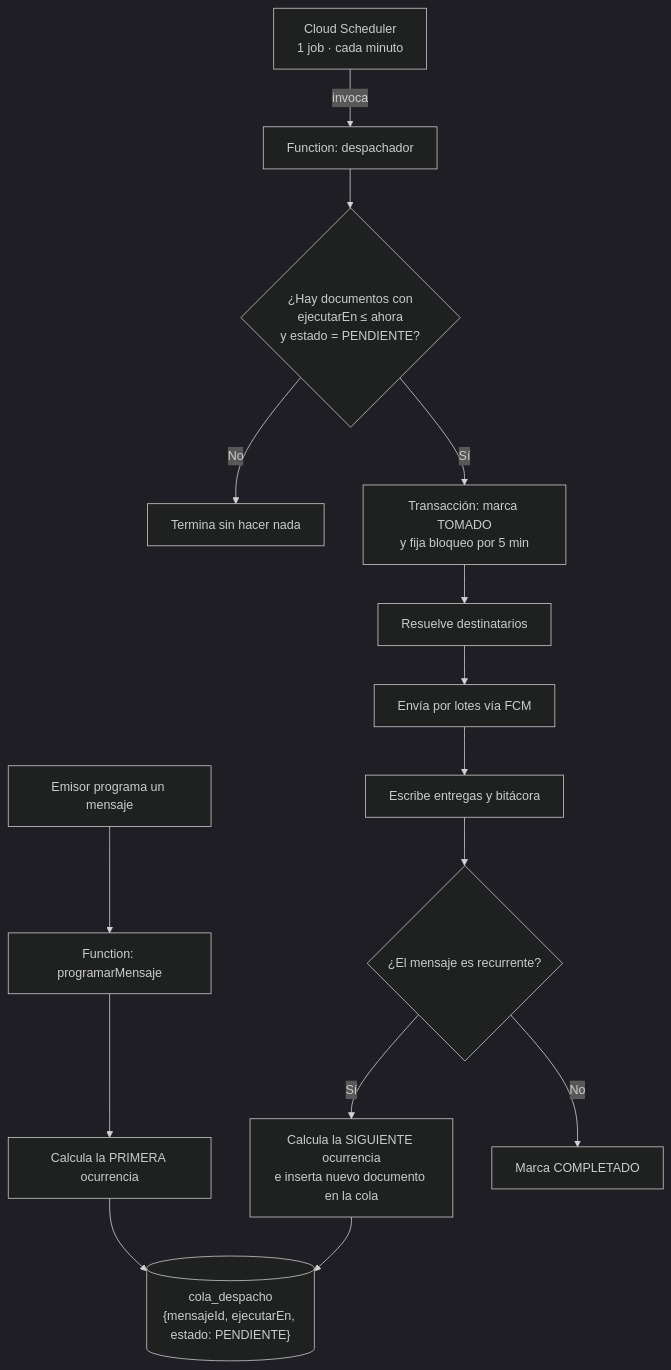
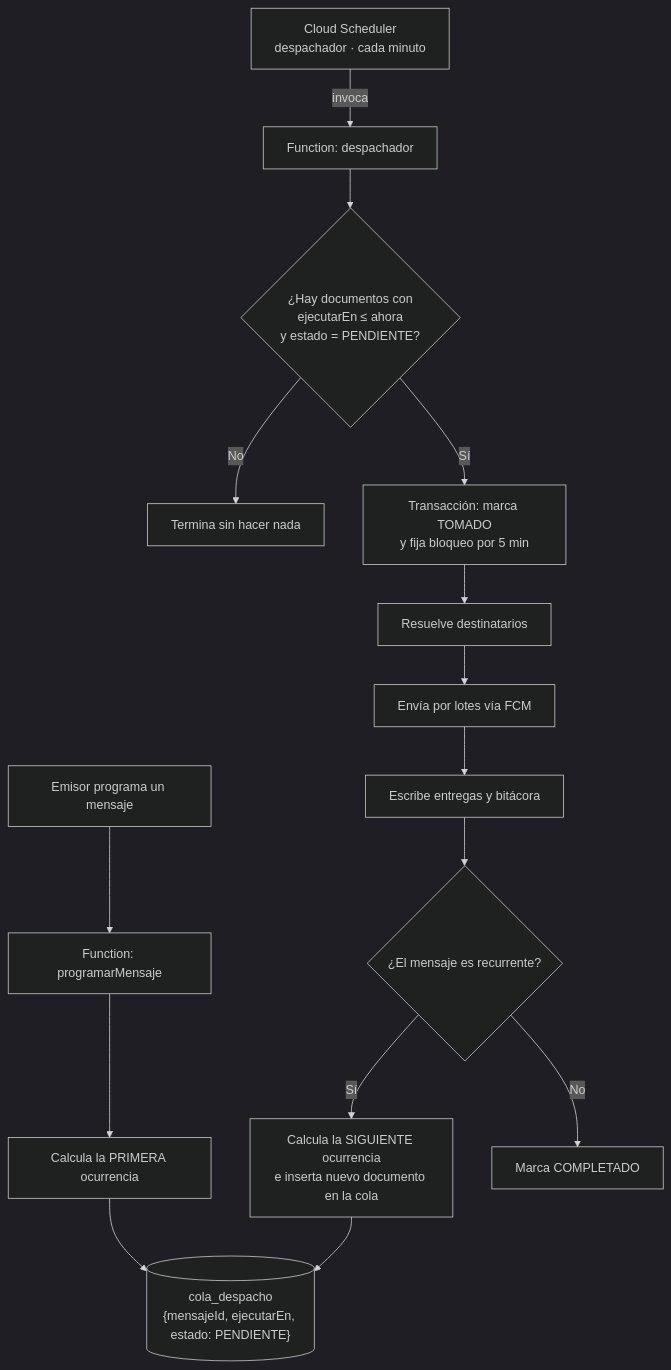
Before and after one commit to eurizara/sian-notificaciones-catedraticos: the fourth of 5 diagrams in docs/02-arquitectura-y-diseno.md, drawn with Mermaid (dark theme). The commit also changed other lines of this file and 4 other files, not shown here.

````diff
--- a/docs/02-arquitectura-y-diseno.md
+++ b/docs/02-arquitectura-y-diseno.md
@@ -444,18 +444,18 @@
 ```mermaid
 flowchart TB
     A["Emisor programa un mensaje"] --> B["Function: programarMensaje"]
     B --> C["Calcula la PRIMERA ocurrencia"]
     C --> D[("cola_despacho<br/>{mensajeId, ejecutarEn, estado: PENDIENTE}")]
 
-    E["Cloud Scheduler<br/>1 job · cada minuto"] -->|"invoca"| F["Function: despachador"]
+    E["Cloud Scheduler<br/>despachador · cada minuto"] -->|"invoca"| F["Function: despachador"]
     F --> G{"¿Hay documentos con<br/>ejecutarEn ≤ ahora<br/>y estado = PENDIENTE?"}
     G -->|No| H["Termina sin hacer nada"]
     G -->|Sí| I["Transacción: marca TOMADO<br/>y fija bloqueo por 5 min"]
     I --> J["Resuelve destinatarios"]
     J --> K["Envía por lotes vía FCM"]
     K --> L["Escribe entregas y bitácora"]
     L --> M{"¿El mensaje es recurrente?"}
     M -->|Sí| N["Calcula la SIGUIENTE ocurrencia<br/>e inserta nuevo documento en la cola"]
     M -->|No| O["Marca COMPLETADO"]
     N --> D
 ```
````
